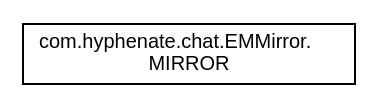
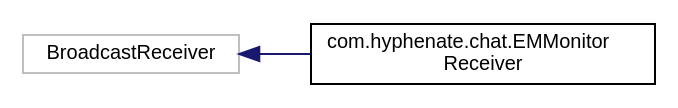
One commit to easemob/www.easemob.com changed the diagram in static/apidoc/android/chat3.0/inherit_graph_52.dot. Above: the diagram before and after it, drawn with Graphviz. The commit also changed 283 other files, not shown here.

```diff
--- a/static/apidoc/android/chat3.0/inherit_graph_52.dot
+++ b/static/apidoc/android/chat3.0/inherit_graph_52.dot
@@ -1,7 +1,9 @@
 digraph "类继承关系图"
 {
   edge [fontname="Helvetica",fontsize="10",labelfontname="Helvetica",labelfontsize="10"];
   node [fontname="Helvetica",fontsize="10",shape=record];
   rankdir="LR";
-  Node1 [label="com.hyphenate.chat.EMMirror.\lMIRROR",height=0.2,width=0.4,color="black", fillcolor="white", style="filled",URL="$interfacecom_1_1hyphenate_1_1chat_1_1EMMirror_1_1MIRROR.html"];
+  Node1 [label="BroadcastReceiver",height=0.2,width=0.4,color="grey75", fillcolor="white", style="filled"];
+  Node1 -> Node2 [dir="back",color="midnightblue",fontsize="10",style="solid",fontname="Helvetica"];
+  Node2 [label="com.hyphenate.chat.EMMonitor\lReceiver",height=0.2,width=0.4,color="black", fillcolor="white", style="filled",URL="$classcom_1_1hyphenate_1_1chat_1_1EMMonitorReceiver.html"];
 }
```
